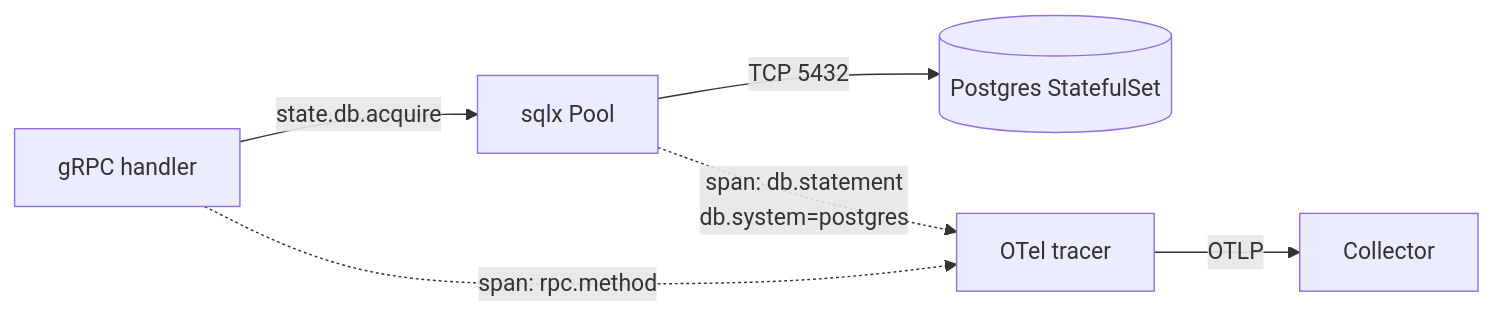
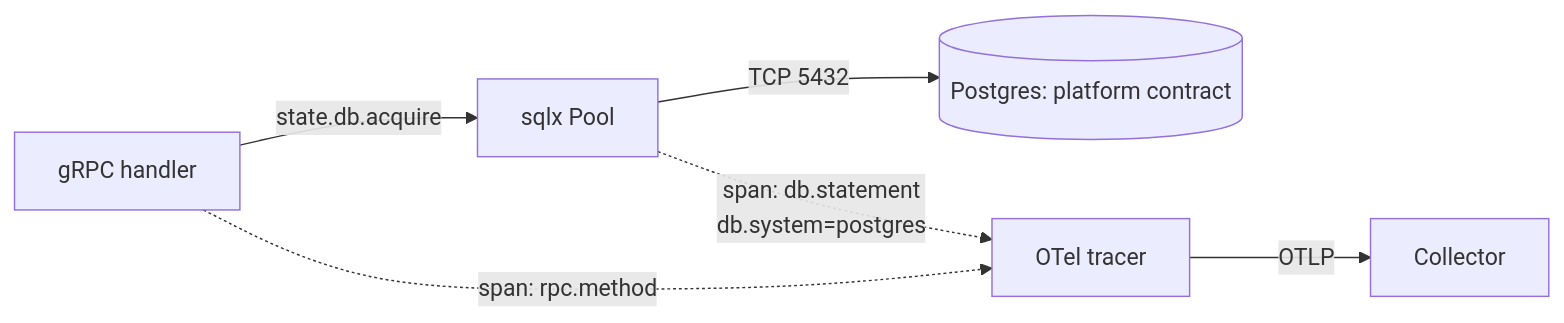
Before and after one commit to Rushit/tonin: the diagram in docs/08-database.md, drawn with Mermaid. The commit also changed other lines of this file and 139 other files, not shown here.

First line of the commit message:
feat!: production Helm charts — StatefulSets & volumes, platform-provided databases/caches, migration Jobs, Cilium network policy, ServiceAccounts/PDB/CronJobs, digest-pinned deploys, strict schema (#127)

````diff
--- a/docs/08-database.md
+++ b/docs/08-database.md
@@ -144,8 +247,8 @@
 ```mermaid
 flowchart LR
     H[gRPC handler] -->|state.db.acquire| P[sqlx Pool]
-    P -->|TCP 5432| S[(Postgres StatefulSet)]
+    P -->|TCP 5432| S[(Postgres: platform contract)]
     H -.->|span: rpc.method| T[OTel tracer]
     P -.->|span: db.statement<br/>db.system=postgres| T
     T -->|OTLP| C[Collector]
 ```
````
